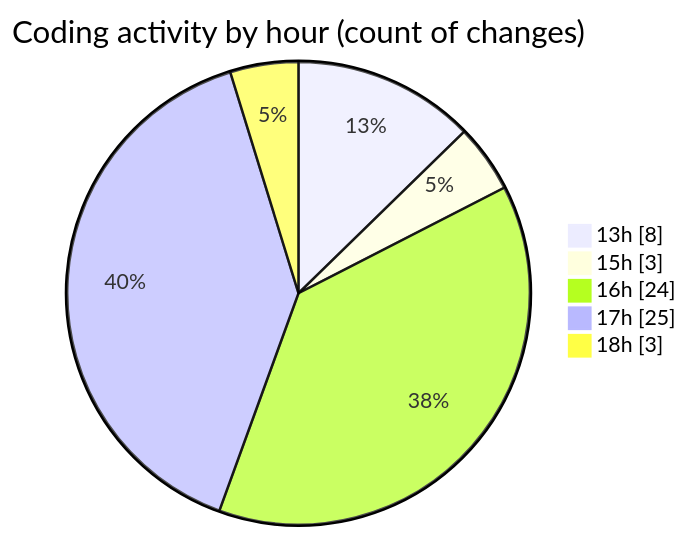
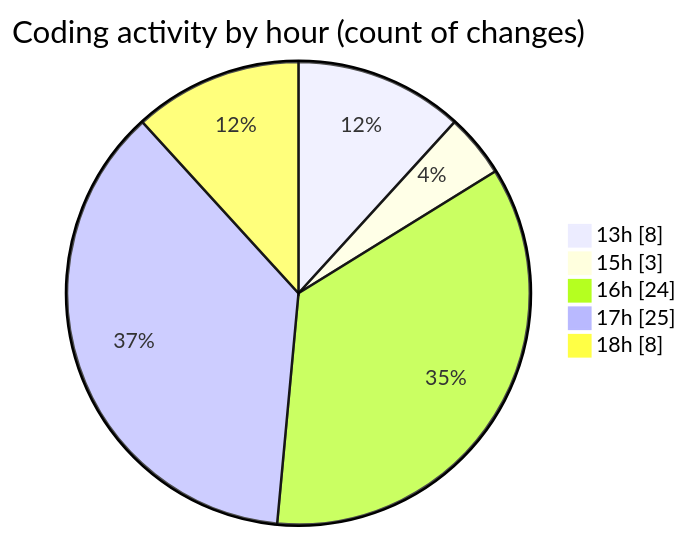
One commit to nxtqubesakshisongat/code-tracking changed the second of 2 diagrams in 2025-08-01/nxtqube_webapp/README.md. Above: the diagram before and after it, drawn with Mermaid. The commit also changed other lines of this file and 1 other file, not shown here.

````diff
--- a/2025-08-01/nxtqube_webapp/README.md
+++ b/2025-08-01/nxtqube_webapp/README.md
@@ -39,9 +39,9 @@
 ```mermaid
 pie showData
 title Coding activity by hour (count of changes)
 "13h" : 8
 "15h" : 3
 "16h" : 24
 "17h" : 25
-"18h" : 3
+"18h" : 8
 ```
````
